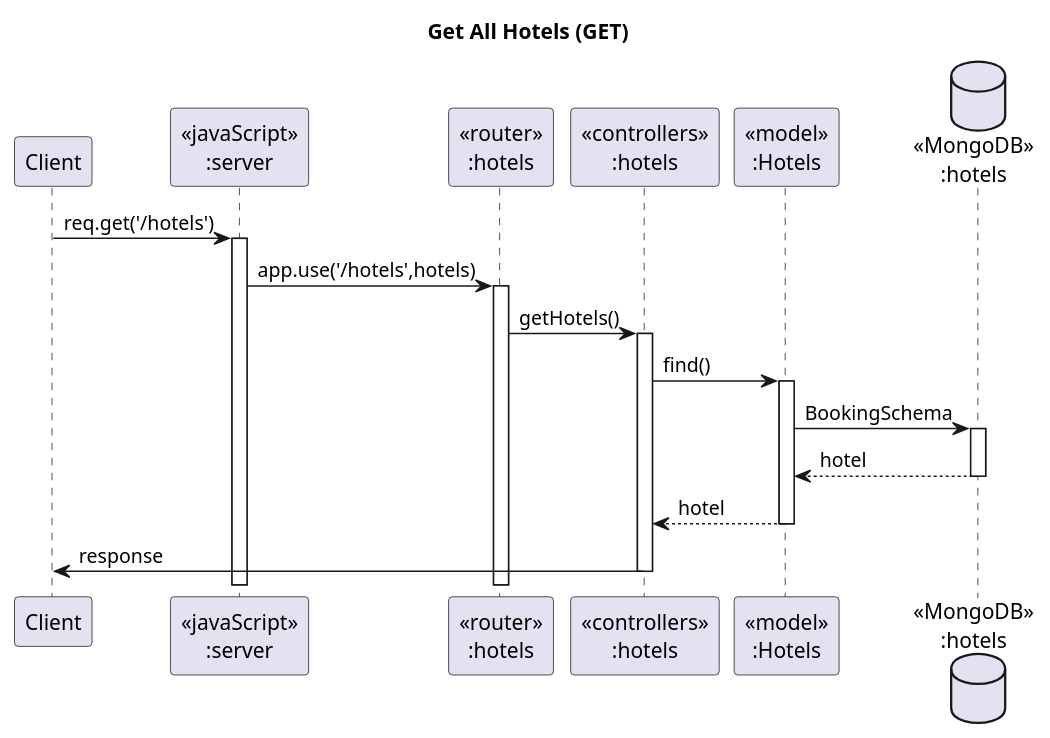
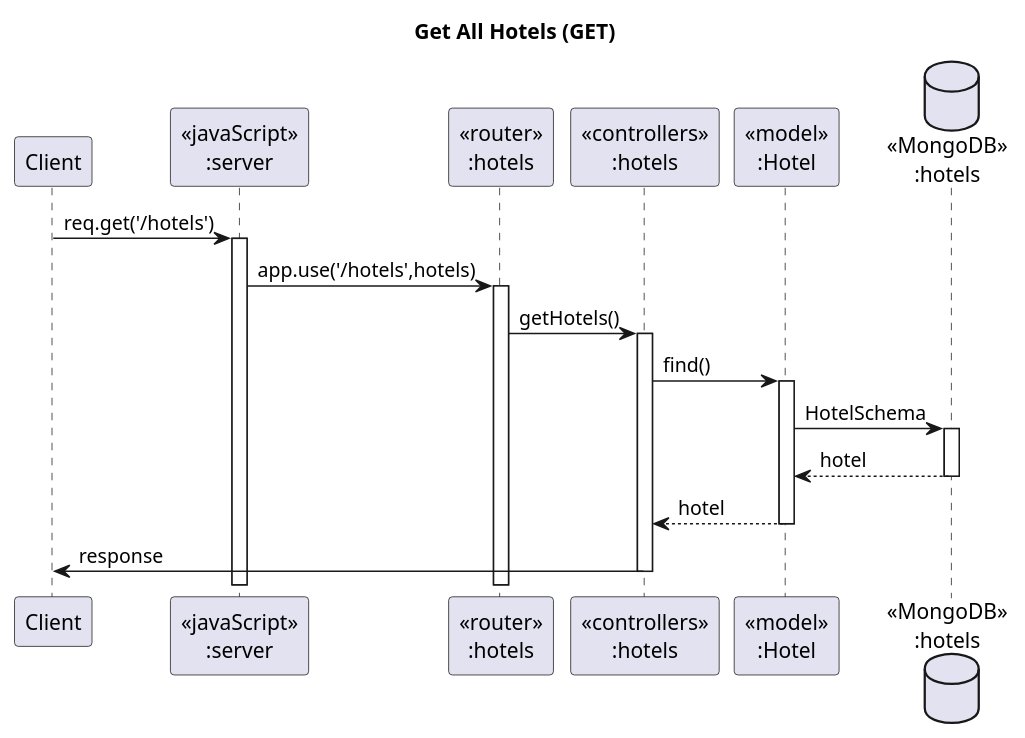
The diagram in plant_uml/sequenceDiagrams/hotels/getAllHotels.puml (podesport/SWPrac-proj), drawn with PlantUML before and after one commit. The commit also changed 4 other files, not shown here.

Commit message:
hotel uml

```diff
--- a/plant_uml/sequenceDiagrams/hotels/getAllHotels.puml
+++ b/plant_uml/sequenceDiagrams/hotels/getAllHotels.puml
@@ -1,21 +1,21 @@
 @startuml Get All Hotels
 
 title "Get All Hotels (GET)"
 
 participant "Client" as client
 participant "<<javaScript>>\n:server" as server
 participant "<<router>>\n:hotels" as routerHotels
 participant "<<controllers>>\n:hotels" as controllersHotel
-participant "<<model>>\n:Hotels" as modelHotel
+participant "<<model>>\n:Hotel" as modelHotel
 database "<<MongoDB>>\n:hotels" as HotelDatabase
 
 client->server ++:req.get('/hotels')
 server->routerHotels ++:app.use('/hotels',hotels)
 routerHotels -> controllersHotel ++:getHotels()
 controllersHotel->modelHotel ++: find()
-modelHotel ->HotelDatabase ++: BookingSchema
+modelHotel ->HotelDatabase ++: HotelSchema
 HotelDatabase --> modelHotel --: hotel
 controllersHotel <-- modelHotel --: hotel
 controllersHotel->client --:response
 
 @enduml
```
